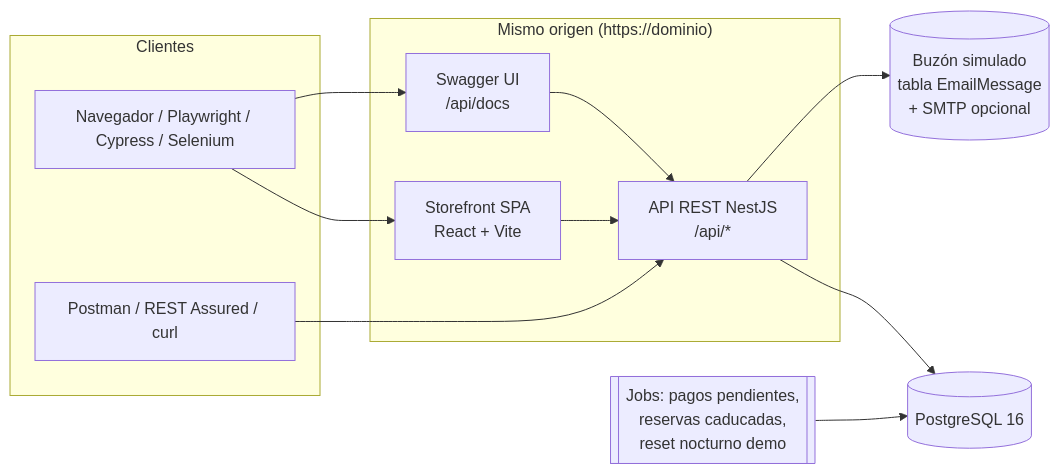
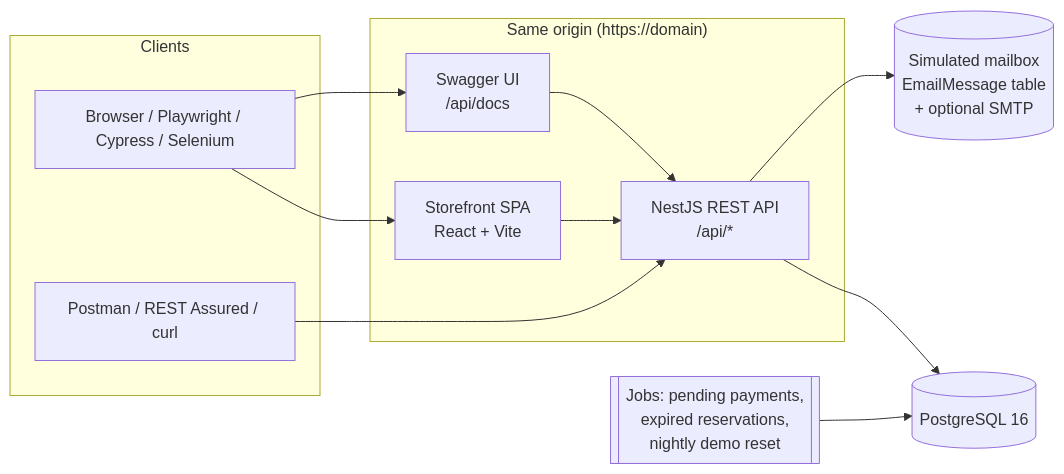
The first of 2 diagrams in docs/ARCHITECTURE.md (yagoaresarmesto/QA-Commerce-Lab), drawn with Mermaid before and after one commit. The commit also changed other lines of this file and 11 other files, not shown here.

````diff
--- a/docs/ARCHITECTURE.md
+++ b/docs/ARCHITECTURE.md
@@ -5,22 +5,22 @@
 ```mermaid
 flowchart LR
-  subgraph Clientes
-    B[Navegador / Playwright / Cypress / Selenium]
+  subgraph Clients
+    B[Browser / Playwright / Cypress / Selenium]
     A[Postman / REST Assured / curl]
   end
-  subgraph "Mismo origen (https://dominio)"
+  subgraph "Same origin (https://domain)"
     W[Storefront SPA<br/>React + Vite]
-    API[API REST NestJS<br/>/api/*]
+    API[NestJS REST API<br/>/api/*]
     SW[Swagger UI<br/>/api/docs]
   end
   DB[(PostgreSQL 16)]
-  MAIL[(Buzón simulado<br/>tabla EmailMessage<br/>+ SMTP opcional)]
-  JOBS[[Jobs: pagos pendientes,<br/>reservas caducadas,<br/>reset nocturno demo]]
+  MAIL[(Simulated mailbox<br/>EmailMessage table<br/>+ optional SMTP)]
+  JOBS[[Jobs: pending payments,<br/>expired reservations,<br/>nightly demo reset]]
 
   B --> W --> API
   A --> API
   B --> SW --> API
   API --> DB
   API --> MAIL
   JOBS --> DB
 ```
````
